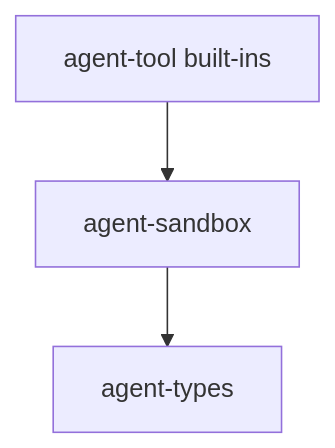
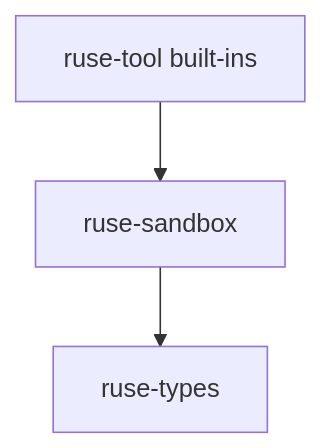
Before and after one commit to poneding/agent: the diagram in docs/specs/M02-03-read-only-builtins.spec.md, drawn with Mermaid. The commit also changed other lines of this file and 2091 other files, not shown here.

First line of the commit message:
refactor: rename agent branding to ruse

````diff
--- a/docs/specs/M02-03-read-only-builtins.spec.md
+++ b/docs/specs/M02-03-read-only-builtins.spec.md
@@ -33,5 +33,5 @@
 ```mermaid
 flowchart TD
-  agent_tool["agent-tool built-ins"] --> agent_sandbox["agent-sandbox"]
-  agent_sandbox --> agent_types["agent-types"]
+  ruse_tool["ruse-tool built-ins"] --> ruse_sandbox["ruse-sandbox"]
+  ruse_sandbox --> ruse_types["ruse-types"]
 ```
````
